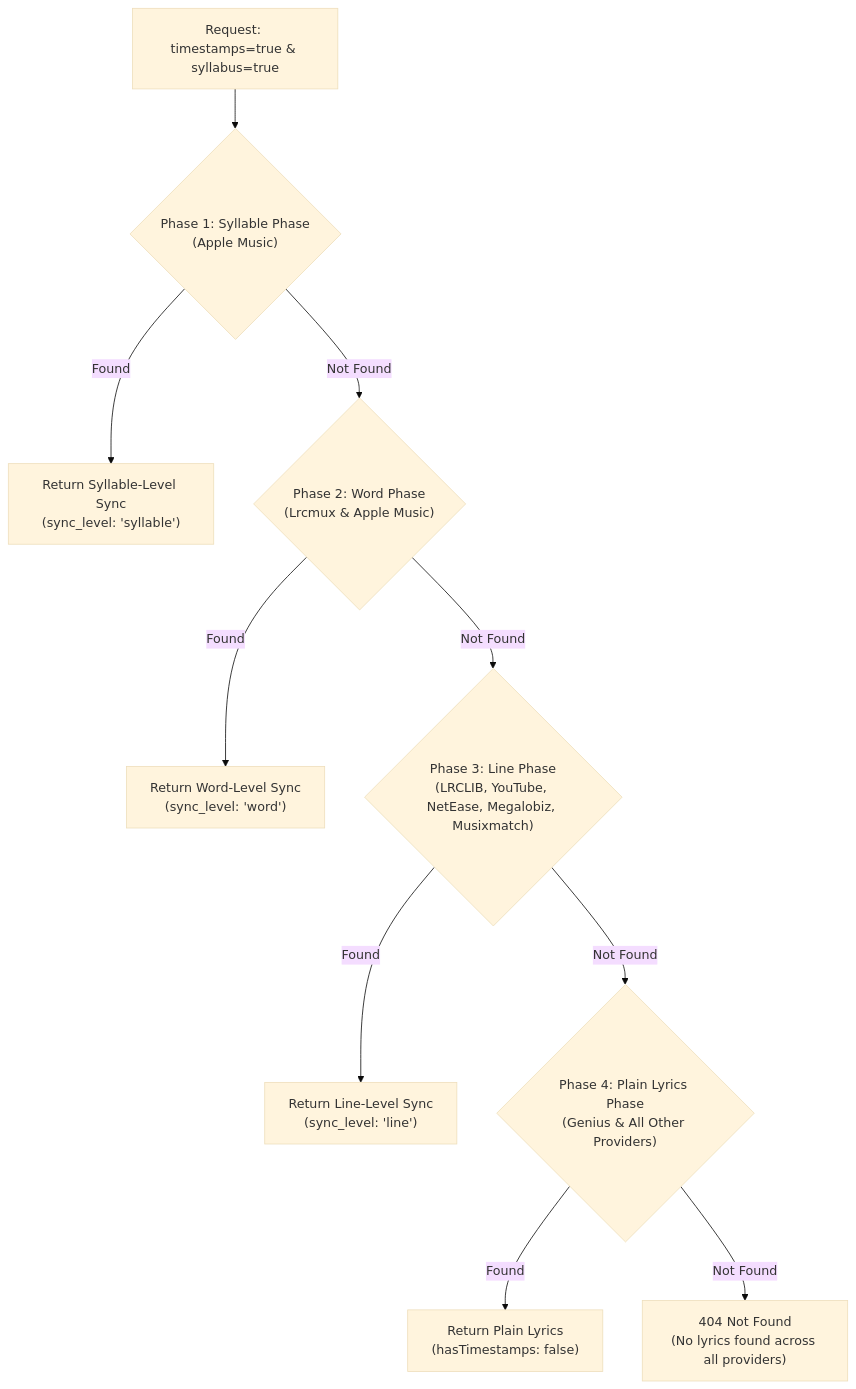
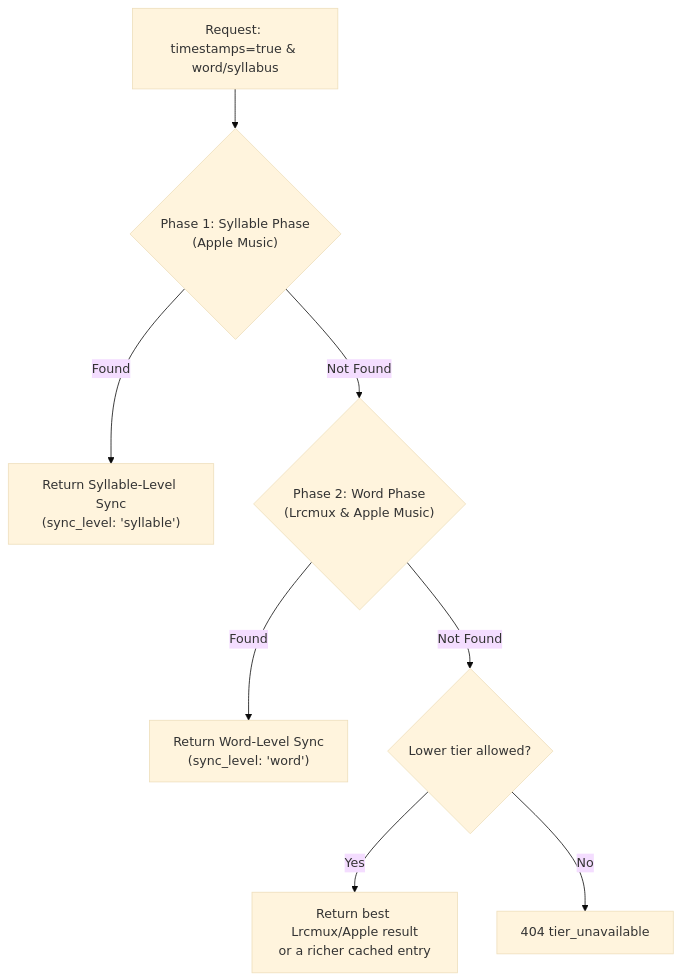
Before and after one commit to Wilooper/Lyrica: the diagram in docs/architecture/fallback.md, drawn with Mermaid (base theme). The commit also changed other lines of this file and 44 other files, not shown here.

````diff
--- a/docs/architecture/fallback.md
+++ b/docs/architecture/fallback.md
@@ -11,16 +11,13 @@
 ```mermaid
 graph TD
-    Request["Request: timestamps=true & syllabus=true"] --> Phase1{"Phase 1: Syllable Phase<br/>(Apple Music)"}
+    Request["Request: timestamps=true & word/syllabus"] --> Phase1{"Phase 1: Syllable Phase<br/>(Apple Music)"}
 
     Phase1 -- Found --> Done1["Return Syllable-Level Sync<br/>(sync_level: 'syllable')"]
     Phase1 -- Not Found --> Phase2{"Phase 2: Word Phase<br/>(Lrcmux & Apple Music)"}
 
     Phase2 -- Found --> Done2["Return Word-Level Sync<br/>(sync_level: 'word')"]
-    Phase2 -- Not Found --> Phase3{"Phase 3: Line Phase<br/>(LRCLIB, YouTube, NetEase, Megalobiz, Musixmatch)"}
+    Phase2 -- Not Found --> Lower{"Lower tier allowed?"}
 
-    Phase3 -- Found --> Done3["Return Line-Level Sync<br/>(sync_level: 'line')"]
-    Phase3 -- Not Found --> Phase4{"Phase 4: Plain Lyrics Phase<br/>(Genius & All Other Providers)"}
-
-    Phase4 -- Found --> Done4["Return Plain Lyrics<br/>(hasTimestamps: false)"]
-    Phase4 -- Not Found --> Err["404 Not Found<br/>(No lyrics found across all providers)"]
+    Lower -- Yes --> Done3["Return best Lrcmux/Apple result<br/>or a richer cached entry"]
+    Lower -- No --> Err["404 tier_unavailable"]
 ```
````
